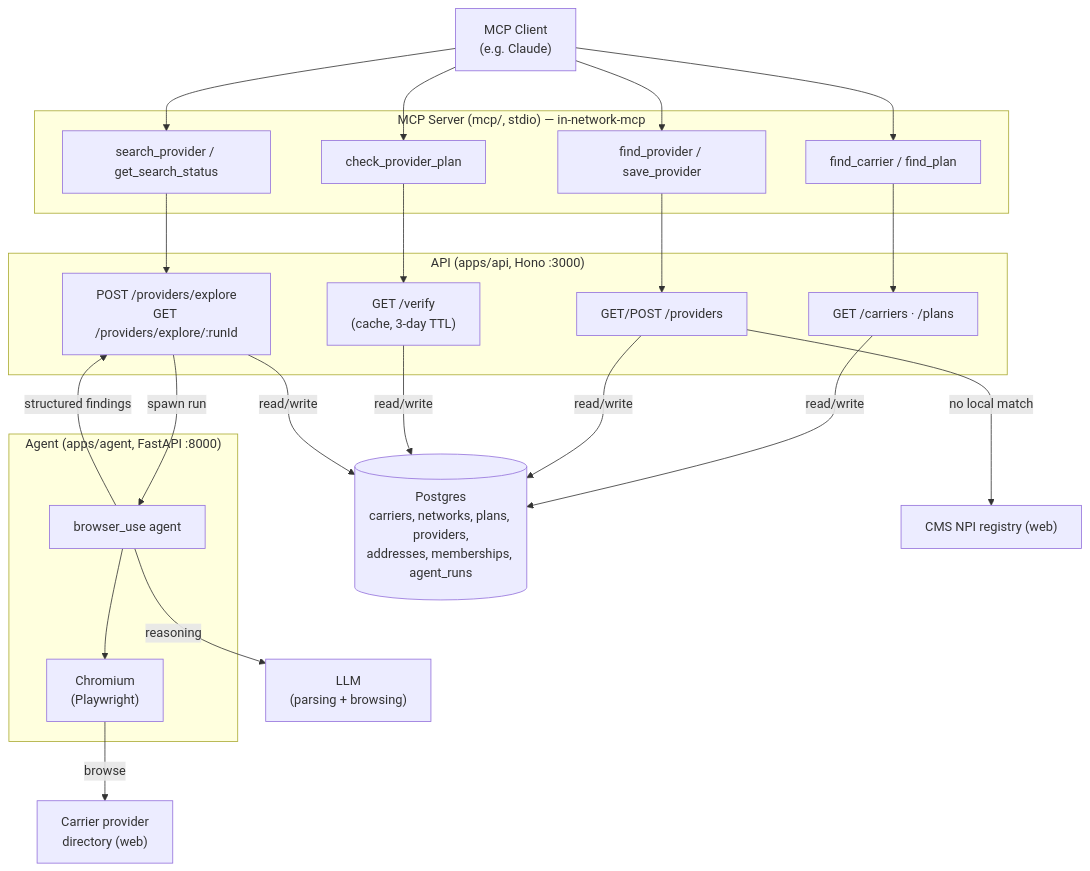
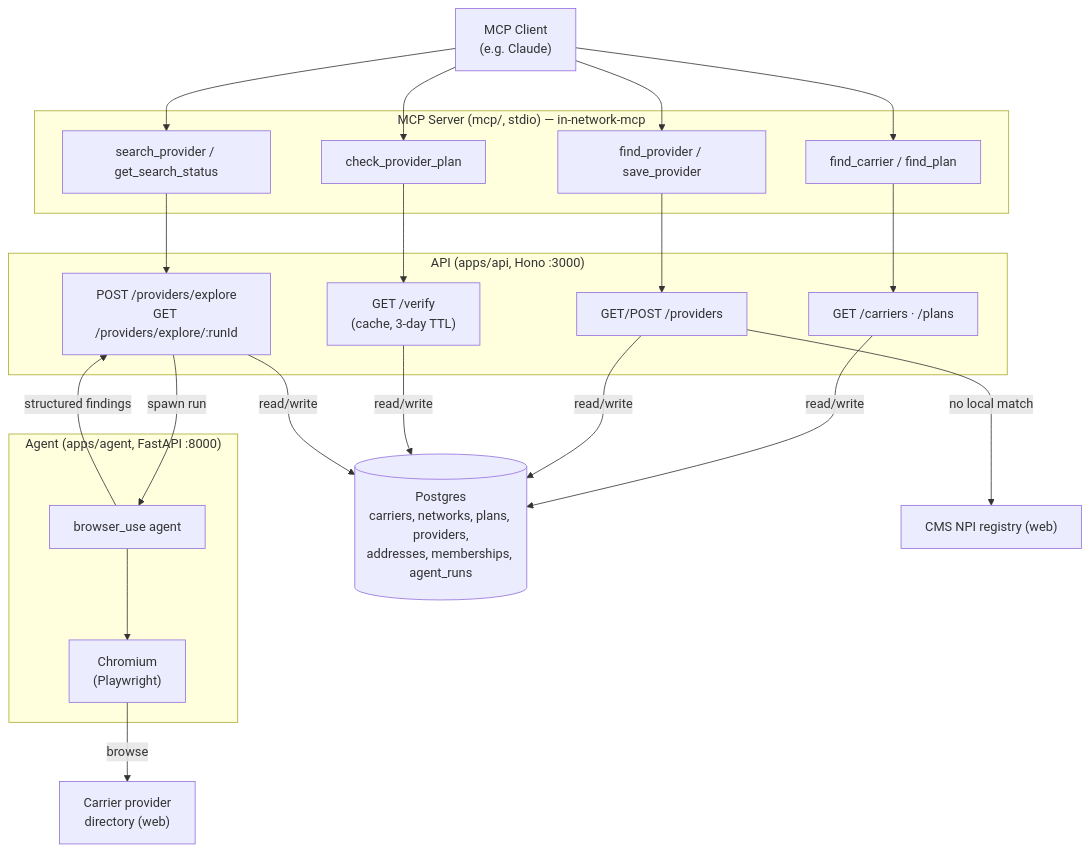
Before and after one commit to Kempo/in-network: the diagram in README.md, drawn with Mermaid. The commit also changed other lines of this file, not shown here.

Commit message:
Fix mermaid diagram and adjust README

````diff
--- a/README.md
+++ b/README.md
@@ -46,41 +47,39 @@
 ```mermaid
 flowchart TD
     client["MCP Client<br/>(e.g. Claude)"]
 
     subgraph mcp["MCP Server (mcp/, stdio) — in-network-mcp"]
         t1["find_carrier / find_plan"]
         t2["find_provider / save_provider"]
         t3["check_provider_plan"]
         t4["search_provider / get_search_status"]
     end
 
     subgraph api["API (apps/api, Hono :3000)"]
         r1["GET /carriers · /plans"]
         r2["GET/POST /providers"]
         r3["GET /verify<br/>(cache, 3-day TTL)"]
         r4["POST /providers/explore<br/>GET /providers/explore/:runId"]
     end
 
     subgraph agent["Agent (apps/agent, FastAPI :8000)"]
         bu["browser_use agent"]
         chromium["Chromium<br/>(Playwright)"]
     end
 
     db[("Postgres<br/>carriers, networks, plans, providers,<br/>addresses, memberships, agent_runs")]
     npi["CMS NPI registry (web)"]
-    llm["LLM<br/>(parsing + browsing)"]
     directory["Carrier provider<br/>directory (web)"]
 
     client --> t1 & t2 & t3 & t4
     t1 --> r1
     t2 --> r2
     t3 --> r3
     t4 --> r4
     r2 -->|no local match| npi
     r4 -->|spawn run| bu
     bu --> chromium
-    bu -->|reasoning| llm
     chromium -->|browse| directory
     bu -->|structured findings| r4
     r1 & r2 & r3 & r4 -->|read/write| db
 ```
````
